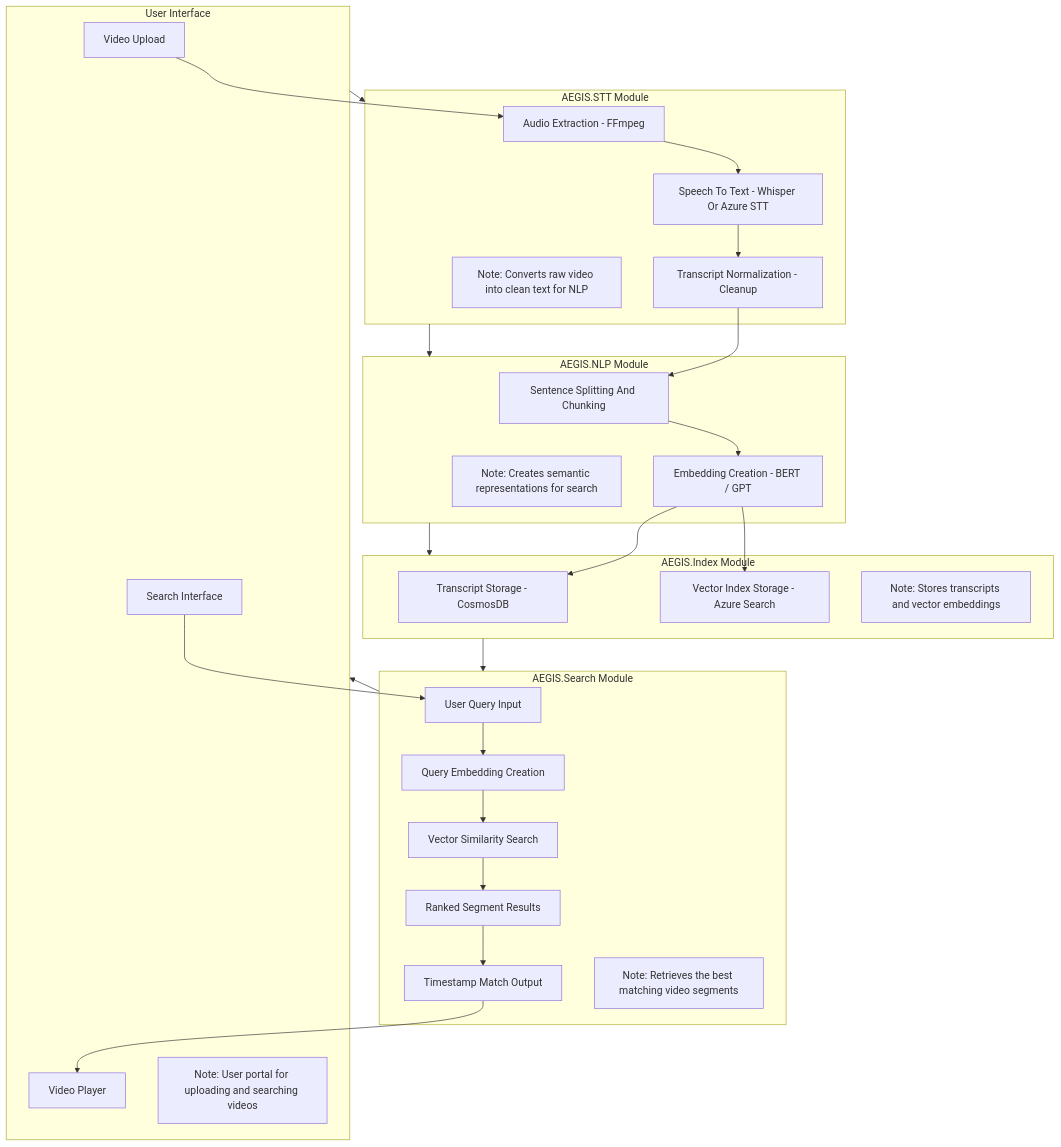
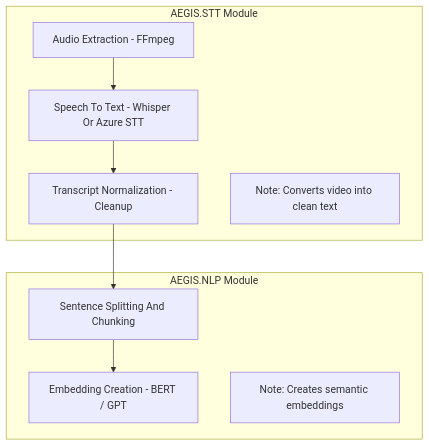
One commit to kishoredb/kishoredb-research changed the diagram in diagrams/aegis-architecture.md. Above: the diagram before and after it, drawn with Mermaid.

````diff
--- a/diagrams/aegis-architecture.md
+++ b/diagrams/aegis-architecture.md
@@ -1,56 +1,20 @@
 ```mermaid
 flowchart TB
-
-    %% USER INTERFACE
-    subgraph UI [User Interface]
-        U1[Video Upload]
-        U2[Search Interface]
-        U3[Video Player]
-        UI_NOTE[Note: User portal for uploading and searching videos]
-    end
 
     %% AEGIS.STT
     subgraph STT [AEGIS.STT Module]
         A1[Audio Extraction - FFmpeg]
         A2[Speech To Text - Whisper Or Azure STT]
         A3[Transcript Normalization - Cleanup]
-        STT_NOTE[Note: Converts raw video into clean text for NLP]
+        STT_NOTE[Note: Converts video into clean text]
     end
 
     %% AEGIS.NLP
     subgraph NLP [AEGIS.NLP Module]
         A4[Sentence Splitting And Chunking]
         A5[Embedding Creation - BERT / GPT]
-        NLP_NOTE[Note: Creates semantic representations for search]
+        NLP_NOTE[Note: Creates semantic embeddings]
     end
 
-    %% AEGIS.Index
-    subgraph INDEX [AEGIS.Index Module]
-        A6[Transcript Storage - CosmosDB]
-        A7[Vector Index Storage - Azure Search]
-        INDEX_NOTE[Note: Stores transcripts and vector embeddings]
-    end
-
-    %% AEGIS.Search
-    subgraph SEARCH [AEGIS.Search Module]
-        Q1[User Query Input]
-        Q2[Query Embedding Creation]
-        Q3[Vector Similarity Search]
-        Q4[Ranked Segment Results]
-        Q5[Timestamp Match Output]
-        SEARCH_NOTE[Note: Retrieves the best matching video segments]
-    end
-
-    %% MODULE FLOW
-    UI --> STT --> NLP --> INDEX --> SEARCH --> UI
-
-    %% INTERNAL FLOWS
-    U1 --> A1
     A1 --> A2 --> A3 --> A4 --> A5
-    A5 --> A6
-    A5 --> A7
-
-    U2 --> Q1
-    Q1 --> Q2 --> Q3 --> Q4 --> Q5
-    Q5 --> U3
 ```
````
